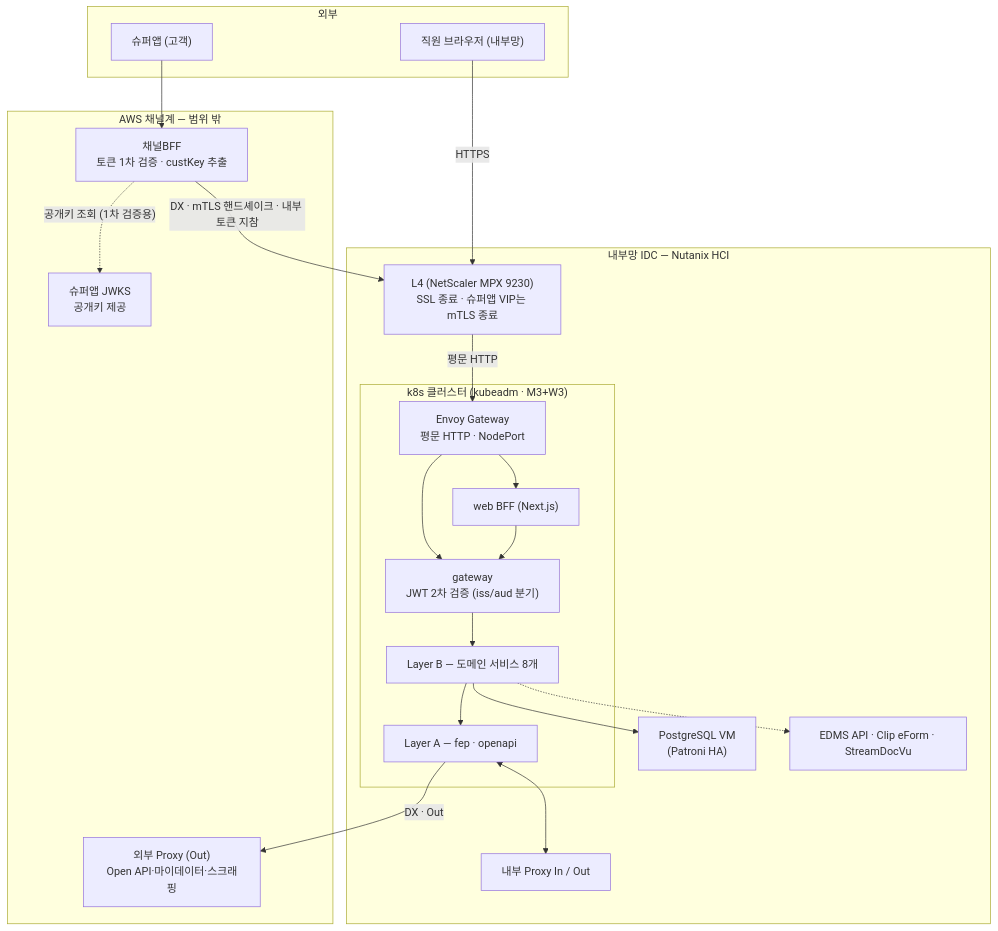
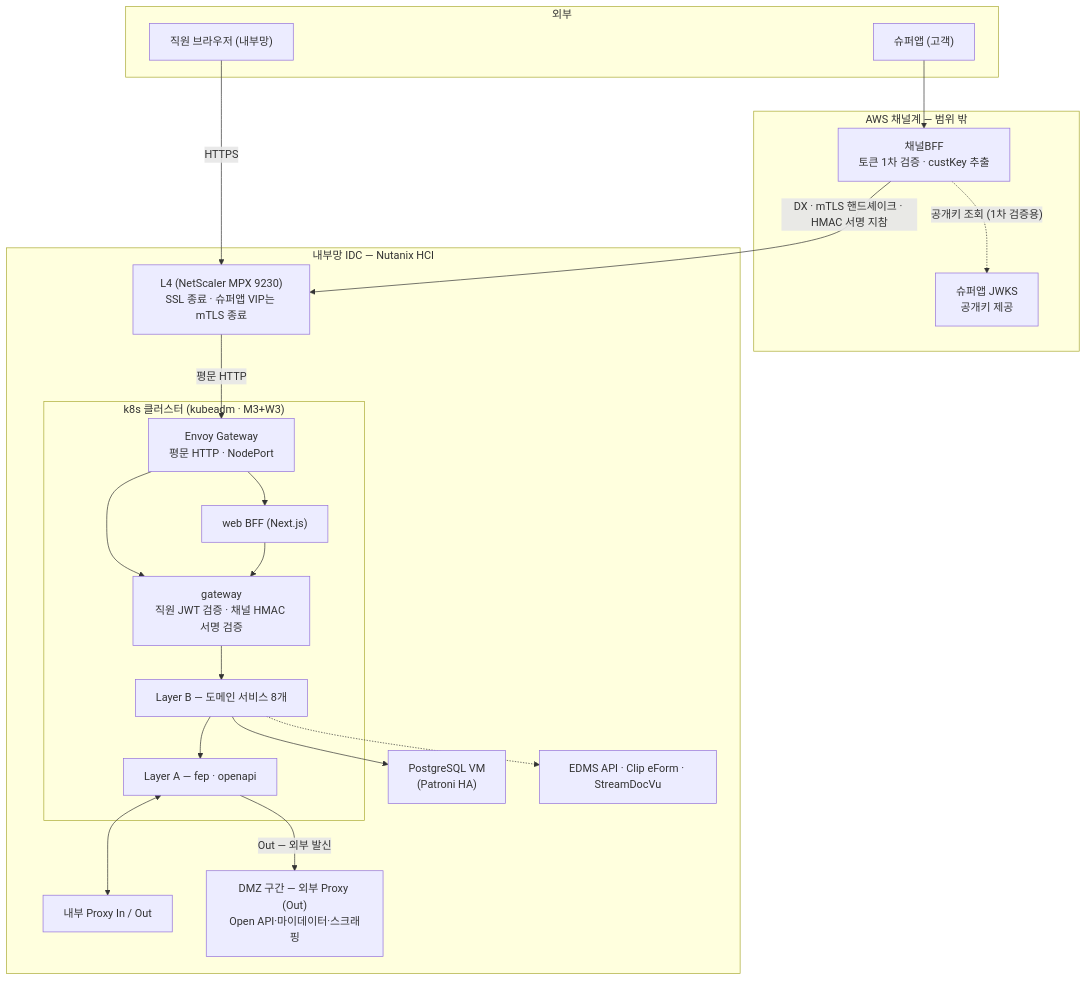
The first of 4 diagrams in ARCHITECTURE.md (kimsukhwan/msa-k3s-lab), drawn with Mermaid before and after one commit. The commit also changed other lines of this file and 5 other files, not shown here.

````diff
--- a/ARCHITECTURE.md
+++ b/ARCHITECTURE.md
@@ -19,42 +19,42 @@
 ```mermaid
 flowchart TB
     subgraph EXT["외부"]
         EMP["직원 브라우저 (내부망)"]
         APP["슈퍼앱 (고객)"]
     end
 
     subgraph AWS["AWS 채널계 — 범위 밖"]
         BFF["채널BFF<br/>토큰 1차 검증 · custKey 추출"]
         JWKS["슈퍼앱 JWKS<br/>공개키 제공"]
-        EXTPROXY["외부 Proxy (Out)<br/>Open API·마이데이터·스크래핑"]
     end
 
     subgraph IDC["내부망 IDC — Nutanix HCI"]
         L4["L4 (NetScaler MPX 9230)<br/>SSL 종료 · 슈퍼앱 VIP는 mTLS 종료"]
         subgraph K8S["k8s 클러스터 (kubeadm · M3+W3)"]
             ENVOY["Envoy Gateway<br/>평문 HTTP · NodePort"]
             WEB["web BFF (Next.js)"]
-            GW["gateway<br/>JWT 2차 검증 (iss/aud 분기)"]
+            GW["gateway<br/>직원 JWT 검증 · 채널 HMAC 서명 검증"]
             LB["Layer B — 도메인 서비스 8개"]
             LA["Layer A — fep · openapi"]
         end
         PG["PostgreSQL VM<br/>(Patroni HA)"]
         PROXYIO["내부 Proxy In / Out"]
         EDMS["EDMS API · Clip eForm · StreamDocVu"]
+        DMZ["DMZ 구간 — 외부 Proxy (Out)<br/>Open API·마이데이터·스크래핑"]
     end
 
     EMP -->|HTTPS| L4
     APP --> BFF
-    BFF -->|"DX · mTLS 핸드셰이크 · 내부 토큰 지참"| L4
+    BFF -->|"DX · mTLS 핸드셰이크 · HMAC 서명 지참"| L4
     BFF -.->|"공개키 조회 (1차 검증용)"| JWKS
     L4 -->|평문 HTTP| ENVOY
     ENVOY --> WEB
     ENVOY --> GW
     WEB --> GW
     GW --> LB
     LB --> LA
     LB -.-> EDMS
     LB --> PG
     LA <--> PROXYIO
-    LA -->|"DX · Out"| EXTPROXY
+    LA -->|"Out — 외부 발신"| DMZ
 ```
````
